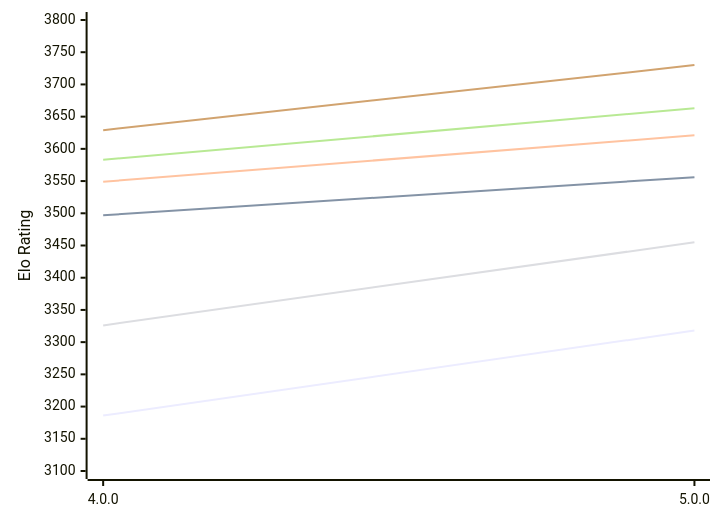
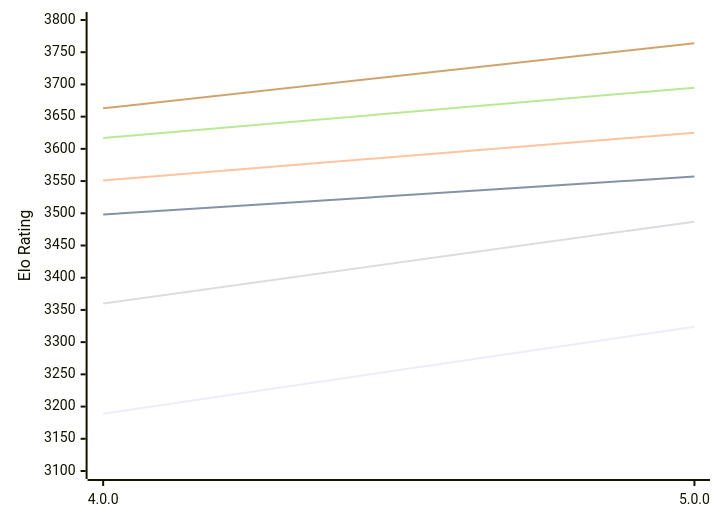
Before and after one commit to computer-chess-index/cci: the first of 2 diagrams in engines/Avalanche.md, drawn with Mermaid. The commit also changed other lines of this file, not shown here.

Commit message:
Update CCI Ratings (ELO VLTC) - 2026-11-05

````diff
--- a/engines/Avalanche.md
+++ b/engines/Avalanche.md
@@ -50,12 +50,12 @@
 ```mermaid
 %%{init: {"theme":"base","themeVariables":{"seriesColors:['#a3a3a3','#222221','#faa371']}}}%%
 xychart-beta
   x-axis ["4.0.0", "5.0.0"]
   y-axis "Elo Rating" 3100 --> 3800
-  line "E1: STC (8.0+0.08s)" [3186, 3318]
-  line "E1: LTC (60.0+0.60s)" [3497, 3556]
-  line "E1: VLTC (2m24s+1.12s)" [3549, 3621]
-  line "P1: STC (8.0+0.08s)" [3326, 3455]
-  line "P1: LTC (60.0+0.60s)" [3583, 3663]
-  line "P1: VLTC (2m24s+1.12s)" [3629, 3730]
+  line "E1: STC (8.0+0.08s)" [3189, 3324]
+  line "E1: LTC (60.0+0.60s)" [3498, 3557]
+  line "E1: VLTC (2m24s+1.12s)" [3551, 3625]
+  line "P1: STC (8.0+0.08s)" [3360, 3487]
+  line "P1: LTC (60.0+0.60s)" [3617, 3695]
+  line "P1: VLTC (2m24s+1.12s)" [3663, 3764]
 ```
````
